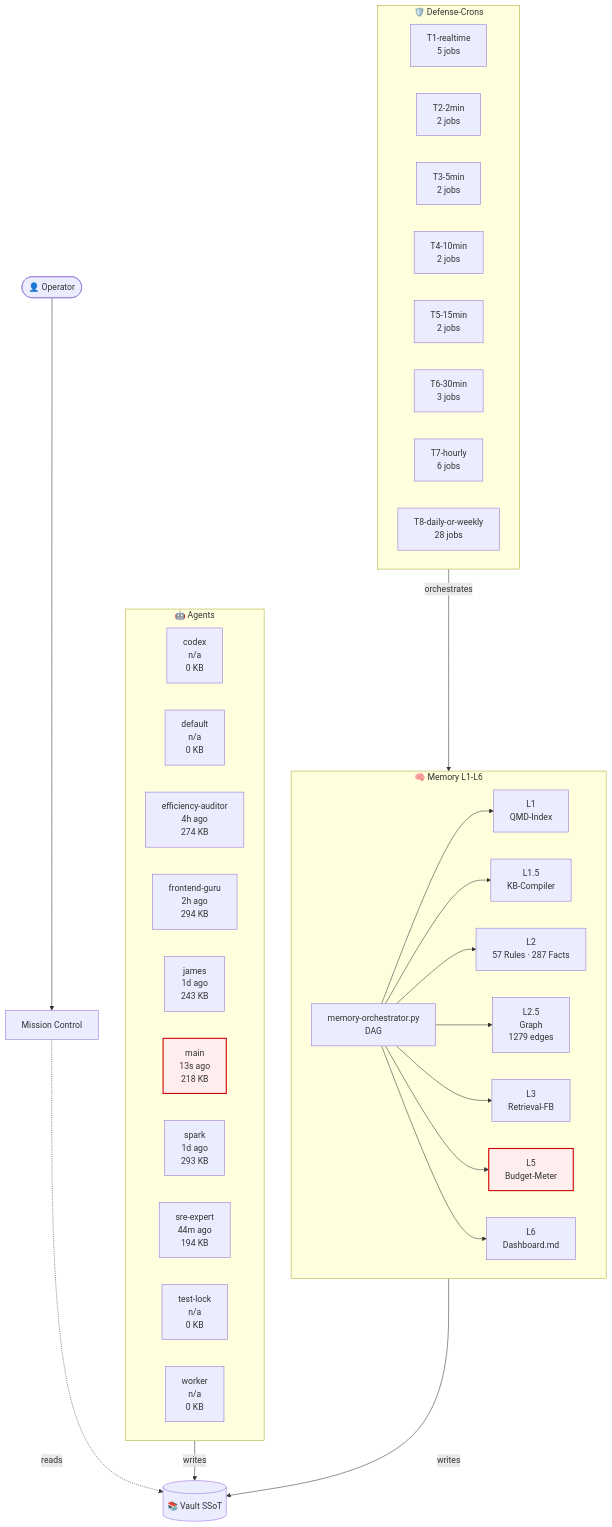
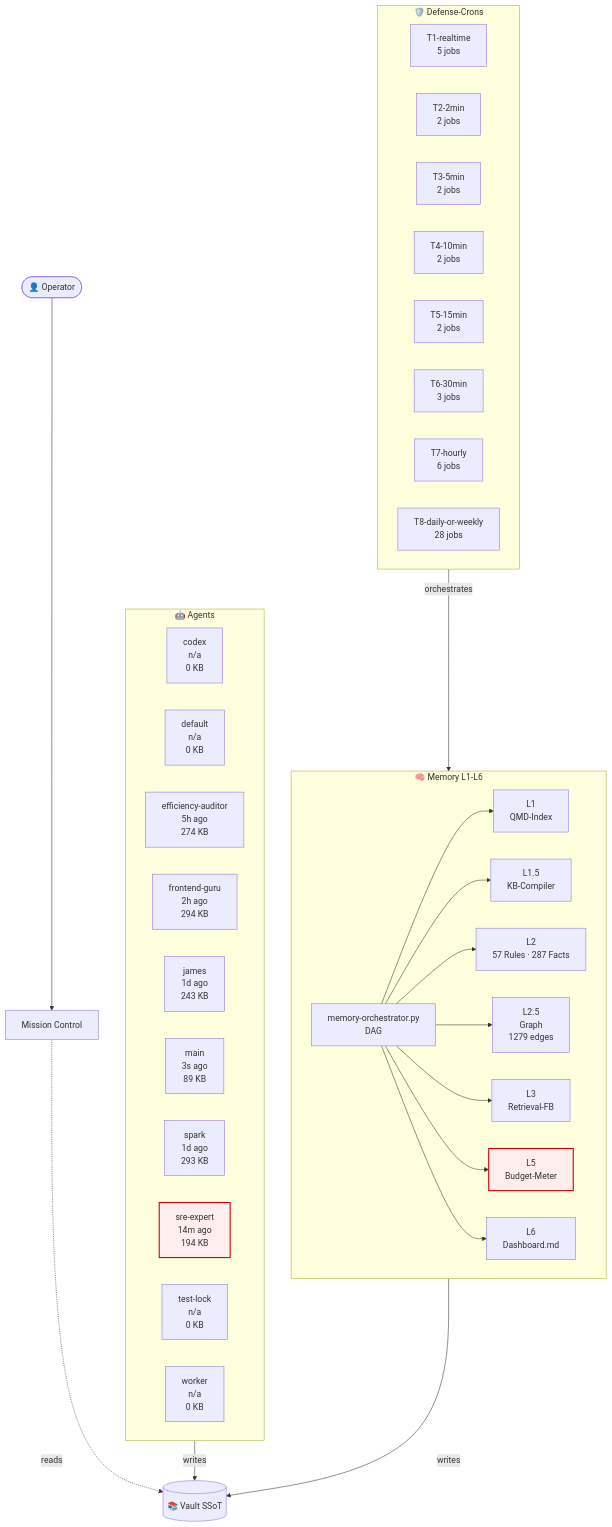
The diagram in 03-Agents/architecture-live.md (lenardhuebner88-rgb/openclaw-memory), drawn with Mermaid before and after one commit. The commit also changed other lines of this file and 21 other files, not shown here.

````diff
--- a/03-Agents/architecture-live.md
+++ b/03-Agents/architecture-live.md
@@ -18,53 +18,53 @@
 ```mermaid
 flowchart TB
     classDef critical fill:#fee,stroke:#c00,stroke-width:2px;
     subgraph AGT["🤖 Agents"]
         agent_codex["codex<br/>n/a<br/>0 KB"]
         agent_default["default<br/>n/a<br/>0 KB"]
-        agent_efficiency_auditor["efficiency-auditor<br/>4h ago<br/>274 KB"]
+        agent_efficiency_auditor["efficiency-auditor<br/>5h ago<br/>274 KB"]
         agent_frontend_guru["frontend-guru<br/>2h ago<br/>294 KB"]
         agent_james["james<br/>1d ago<br/>243 KB"]
-        agent_main["main<br/>13s ago<br/>218 KB"]
+        agent_main["main<br/>3s ago<br/>89 KB"]
         agent_spark["spark<br/>1d ago<br/>293 KB"]
-        agent_sre_expert["sre-expert<br/>44m ago<br/>194 KB"]
+        agent_sre_expert["sre-expert<br/>14m ago<br/>194 KB"]
         agent_test_lock["test-lock<br/>n/a<br/>0 KB"]
         agent_worker["worker<br/>n/a<br/>0 KB"]
     end
     subgraph MEM["🧠 Memory L1-L6"]
         L1["L1<br/>QMD-Index"]
         L15["L1.5<br/>KB-Compiler"]
         L2["L2<br/>57 Rules · 287 Facts"]
         L25["L2.5<br/>Graph<br/>1279 edges"]
         L3["L3<br/>Retrieval-FB"]
         L5["L5<br/>Budget-Meter"]
         L6["L6<br/>Dashboard.md"]
         ORCH["memory-orchestrator.py<br/>DAG"]
     end
     subgraph CRN["🛡️ Defense-Crons"]
         tier_T1_realtime["T1-realtime<br/>5 jobs"]
         tier_T2_2min["T2-2min<br/>2 jobs"]
         tier_T3_5min["T3-5min<br/>2 jobs"]
         tier_T4_10min["T4-10min<br/>2 jobs"]
         tier_T5_15min["T5-15min<br/>2 jobs"]
         tier_T6_30min["T6-30min<br/>3 jobs"]
         tier_T7_hourly["T7-hourly<br/>6 jobs"]
         tier_T8_daily_or_weekly["T8-daily-or-weekly<br/>28 jobs"]
     end
     VAULT[("📚 Vault SSoT")]
     OP([👤 Operator])
     MC["Mission Control"]
     OP --> MC
     MC -.reads.-> VAULT
     AGT -->|writes| VAULT
     MEM -->|writes| VAULT
     ORCH --> L1
     ORCH --> L15
     ORCH --> L2
     ORCH --> L25
     ORCH --> L3
     ORCH --> L5
     ORCH --> L6
     CRN -->|orchestrates| MEM
     class L5 critical
-    class agent_main critical
+    class agent_sre_expert critical
 ```
````
